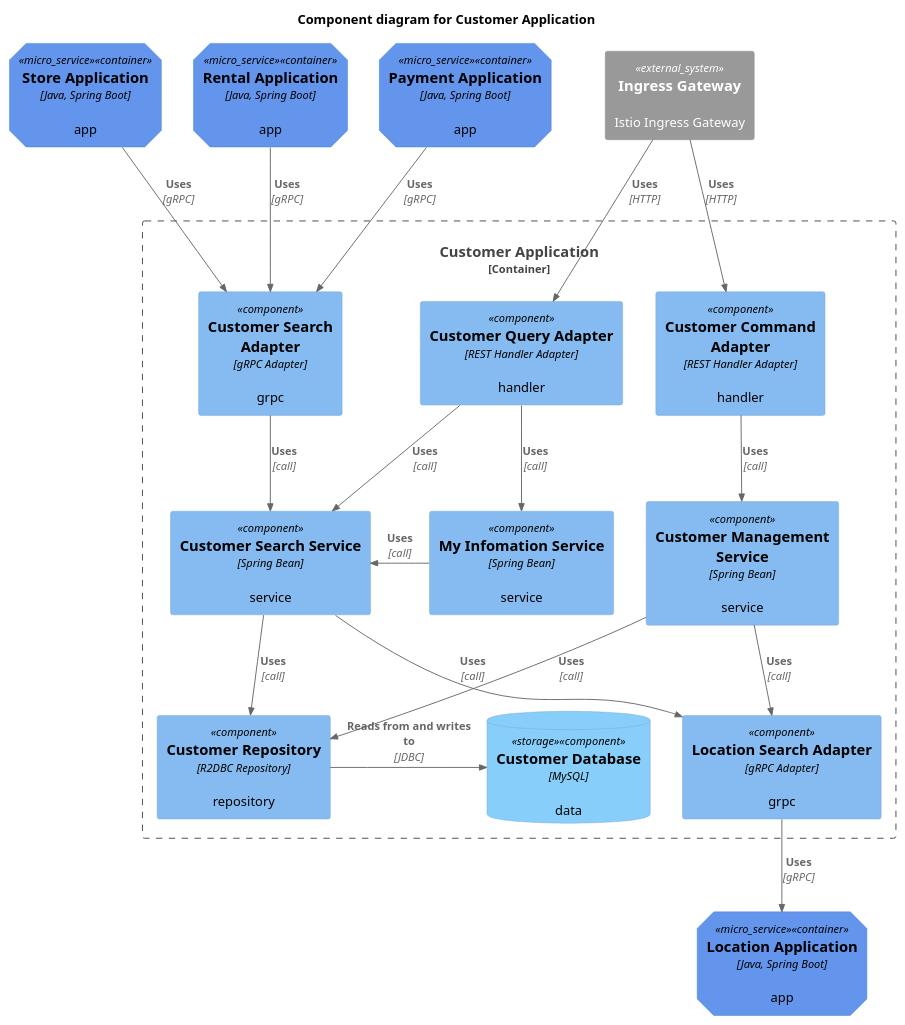
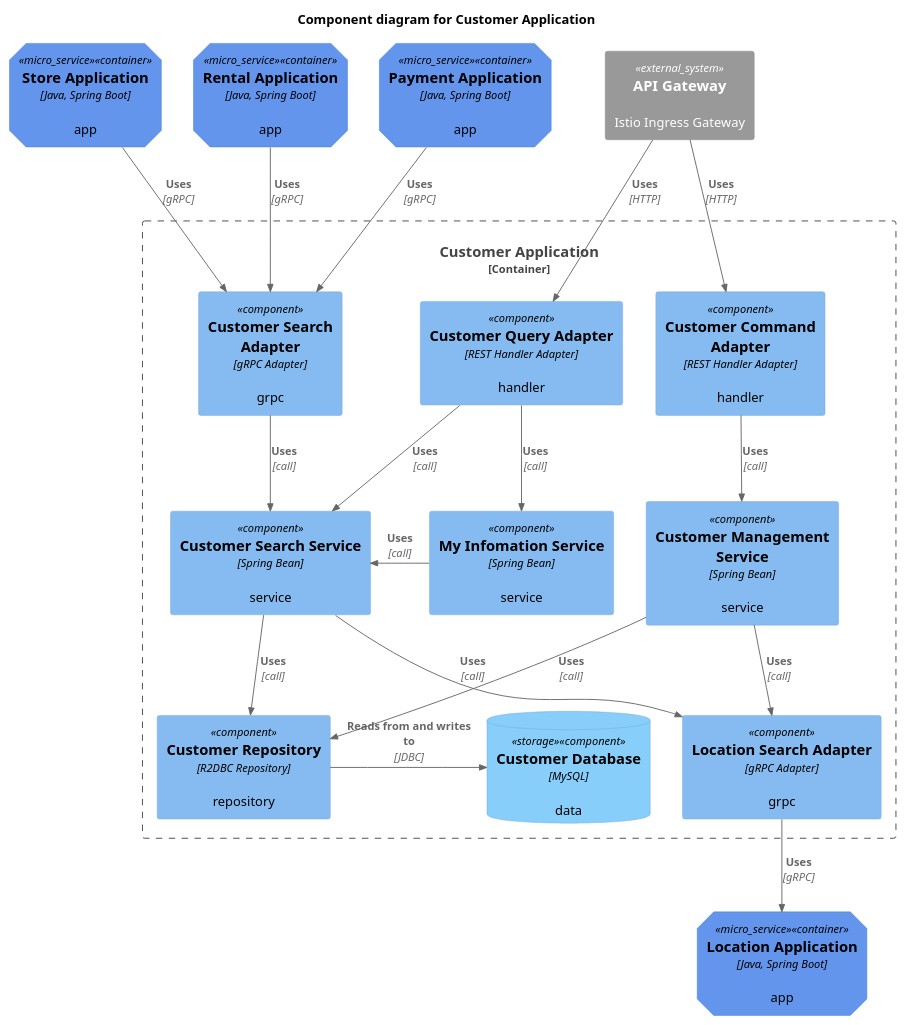
Before and after one commit to codejsha/sakila-microservices: the diagram in diagram/component/customer-application.puml, drawn with PlantUML. The commit also changed 13 other files, not shown here.

Commit message:
update diagrams

```diff
--- a/diagram/component/customer-application.puml
+++ b/diagram/component/customer-application.puml
@@ -1,51 +1,51 @@
 @startuml "customer-application"
 !include https://raw.githubusercontent.com/plantuml-stdlib/C4-PlantUML/master/C4_Component.puml
 
 AddElementTag("micro_service", $shape=EightSidedShape(), $bgColor="CornflowerBlue", $fontColor="black", $legendText="micro service\neight sided")
 AddElementTag("storage", $shape=RoundedBoxShape(), $bgColor="lightSkyBlue", $fontColor="black")
 
 title Component diagram for Customer Application
 
 Container(rental_app, "Rental Application", "Java, Spring Boot", "app", $tags = "micro_service")
 Container(payment_app, "Payment Application", "Java, Spring Boot", "app", $tags = "micro_service")
 Container(store_app, "Store Application", "Java, Spring Boot", "app", $tags = "micro_service")
-System_Ext(ingress_gateway, "Ingress Gateway", "Istio Ingress Gateway")
+System_Ext(ingress_gateway, "API Gateway", "Istio Ingress Gateway")
 
 Container(location_app, "Location Application", "Java, Spring Boot", "app", $tags = "micro_service")
 
 Container_Boundary(customer_app, "Customer Application") {
     Component(command_adapter, "Customer Command Adapter", "REST Handler Adapter", "handler")
     Component(query_adapter, "Customer Query Adapter", "REST Handler Adapter", "handler")
     Component(customer_search_adapter, "Customer Search Adapter", "gRPC Adapter", "grpc")
     Component(location_search_adapter, "Location Search Adapter", "gRPC Adapter", "grpc")
 
     Component(customer_mgmt_service, "Customer Management Service", "Spring Bean", "service")
     Component(customer_search_service, "Customer Search Service", "Spring Bean", "service")
     Component(my_infomation_service, "My Infomation Service", "Spring Bean", "service")
 
     Component(customer_repository, "Customer Repository", "R2DBC Repository", "repository")
     ComponentDb(customer_db, "Customer Database", "MySQL", "data", $tags = "storage")
 
     Rel(command_adapter, customer_mgmt_service, "Uses", "call")
     Rel(query_adapter, customer_search_service, "Uses", "call")
     Rel(query_adapter, my_infomation_service, "Uses", "call")
     Rel(customer_search_adapter, customer_search_service, "Uses", "call")
 
     Rel(customer_mgmt_service, customer_repository, "Uses", "call")
     Rel(customer_mgmt_service, location_search_adapter, "Uses", "call")
     Rel(customer_search_service, customer_repository, "Uses", "call")
     Rel(customer_search_service, location_search_adapter, "Uses", "call")
     Rel_R(my_infomation_service, customer_search_service, "Uses", "call")
 
     Rel_R(customer_repository, customer_db, "Reads from and writes to", "JDBC")
 }
 
 Rel(rental_app, customer_search_adapter, "Uses", "gRPC")
 Rel(payment_app, customer_search_adapter, "Uses", "gRPC")
 Rel(store_app, customer_search_adapter, "Uses", "gRPC")
 Rel(ingress_gateway, command_adapter, "Uses", "HTTP")
 Rel(ingress_gateway, query_adapter, "Uses", "HTTP")
 
 Rel(location_search_adapter, location_app, "Uses", "gRPC")
 
 @enduml
```
